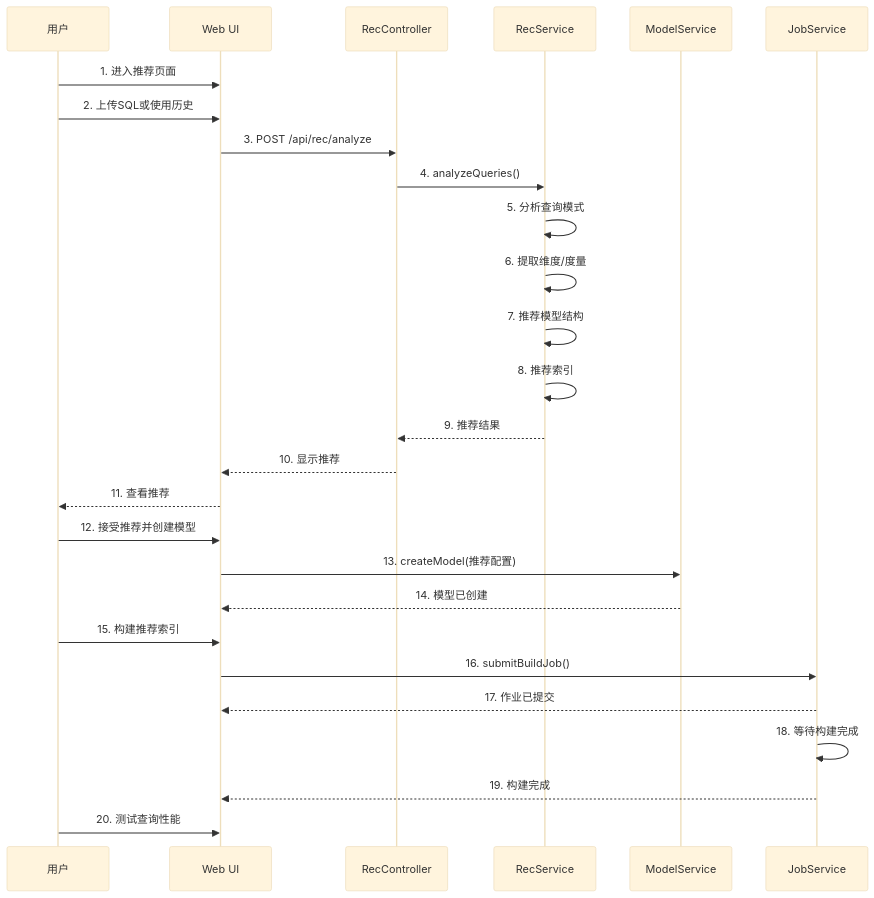
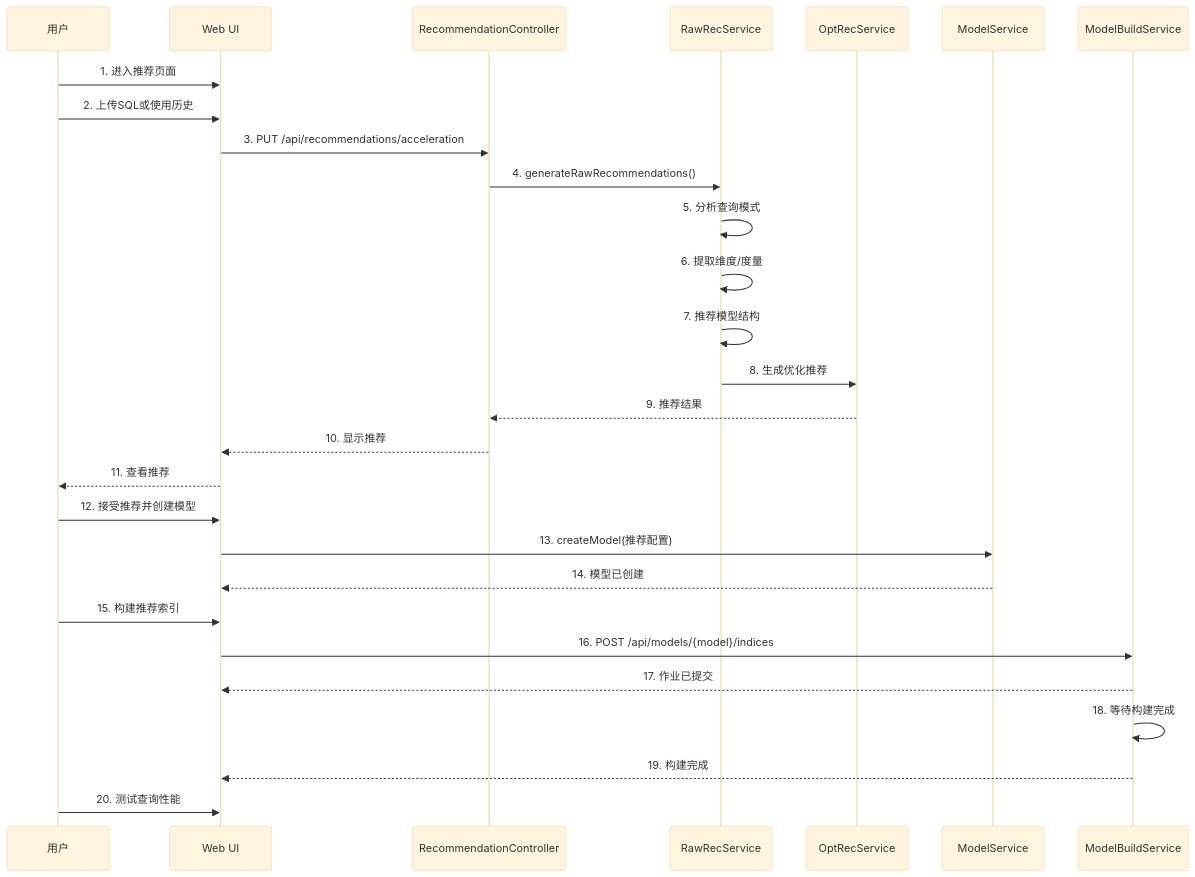
Before and after one commit to insomniacdoll/kylin: diagram 11 of 13 in doc/user-workflow.md, drawn with Mermaid (base theme). The commit also changed other lines of this file and 1 other file, not shown here.

Commit message:
add architecture.md and user-workflow.md

````diff
--- a/doc/user-workflow.md
+++ b/doc/user-workflow.md
@@ -291,34 +291,35 @@
 ```mermaid
 sequenceDiagram
     participant User as 用户
     participant UI as Web UI
-    participant RecCtrl as RecController
-    participant RecSvc as RecService
+    participant RecCtrl as RecommendationController
+    participant RawRecSvc as RawRecService
+    participant OptRecSvc as OptRecService
     participant ModelSvc as ModelService
-    participant JobSvc as JobService
+    participant ModelBuildSvc as ModelBuildService
 
     User->>UI: 1. 进入推荐页面
     User->>UI: 2. 上传SQL或使用历史
-    UI->>RecCtrl: 3. POST /api/rec/analyze
-    RecCtrl->>RecSvc: 4. analyzeQueries()
-    RecSvc->>RecSvc: 5. 分析查询模式
-    RecSvc->>RecSvc: 6. 提取维度/度量
-    RecSvc->>RecSvc: 7. 推荐模型结构
-    RecSvc->>RecSvc: 8. 推荐索引
-    RecSvc-->>RecCtrl: 9. 推荐结果
+    UI->>RecCtrl: 3. PUT /api/recommendations/acceleration
+    RecCtrl->>RawRecSvc: 4. generateRawRecommendations()
+    RawRecSvc->>RawRecSvc: 5. 分析查询模式
+    RawRecSvc->>RawRecSvc: 6. 提取维度/度量
+    RawRecSvc->>RawRecSvc: 7. 推荐模型结构
+    RawRecSvc->>OptRecSvc: 8. 生成优化推荐
+    OptRecSvc-->>RecCtrl: 9. 推荐结果
     RecCtrl-->>UI: 10. 显示推荐
     UI-->>User: 11. 查看推荐
 
     User->>UI: 12. 接受推荐并创建模型
     UI->>ModelSvc: 13. createModel(推荐配置)
     ModelSvc-->>UI: 14. 模型已创建
 
     User->>UI: 15. 构建推荐索引
-    UI->>JobSvc: 16. submitBuildJob()
-    JobSvc-->>UI: 17. 作业已提交
+    UI->>ModelBuildSvc: 16. POST /api/models/{model}/indices
+    ModelBuildSvc-->>UI: 17. 作业已提交
 
-    JobSvc->>JobSvc: 18. 等待构建完成
-    JobSvc-->>UI: 19. 构建完成
+    ModelBuildSvc->>ModelBuildSvc: 18. 等待构建完成
+    ModelBuildSvc-->>UI: 19. 构建完成
 
     User->>UI: 20. 测试查询性能
 ```
````
